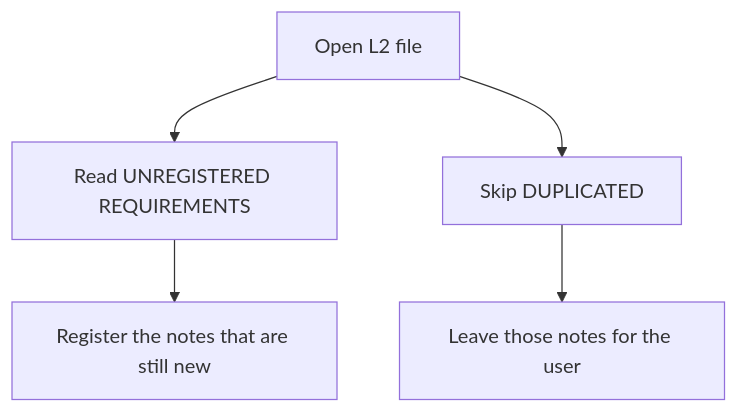
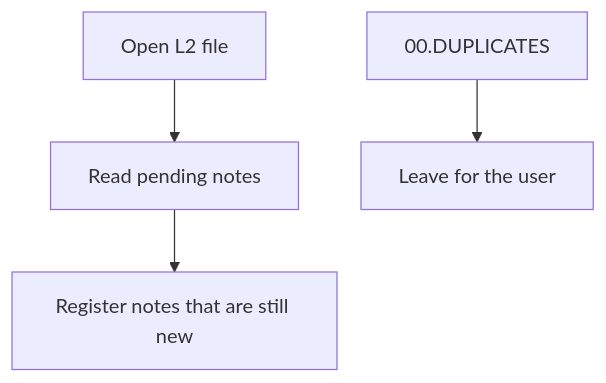
One commit to AdamAntinoo/neocom-meta changed the sixth of 7 diagrams in PROGRAMME.md. Above: the diagram before and after it, drawn with Mermaid. The commit also changed other lines of this file and 103 other files, not shown here.

First line of the commit message:
feat(meta): register EPIC-009 OpenSpec changes and refresh apply status

````diff
--- a/PROGRAMME.md
+++ b/PROGRAMME.md
@@ -229,7 +229,6 @@
 ```mermaid
 flowchart TD
-  l2[Open L2 file] --> unreg[Read UNREGISTERED REQUIREMENTS]
-  l2 --> skip[Skip DUPLICATED]
-  unreg --> register[Register the notes that are still new]
-  skip --> stop[Leave those notes for the user]
+  l2[Open L2 file] --> pending[Read pending notes]
+  pending --> register[Register notes that are still new]
+  holding["00.DUPLICATES"] --> stop[Leave for the user]
 ```
````
